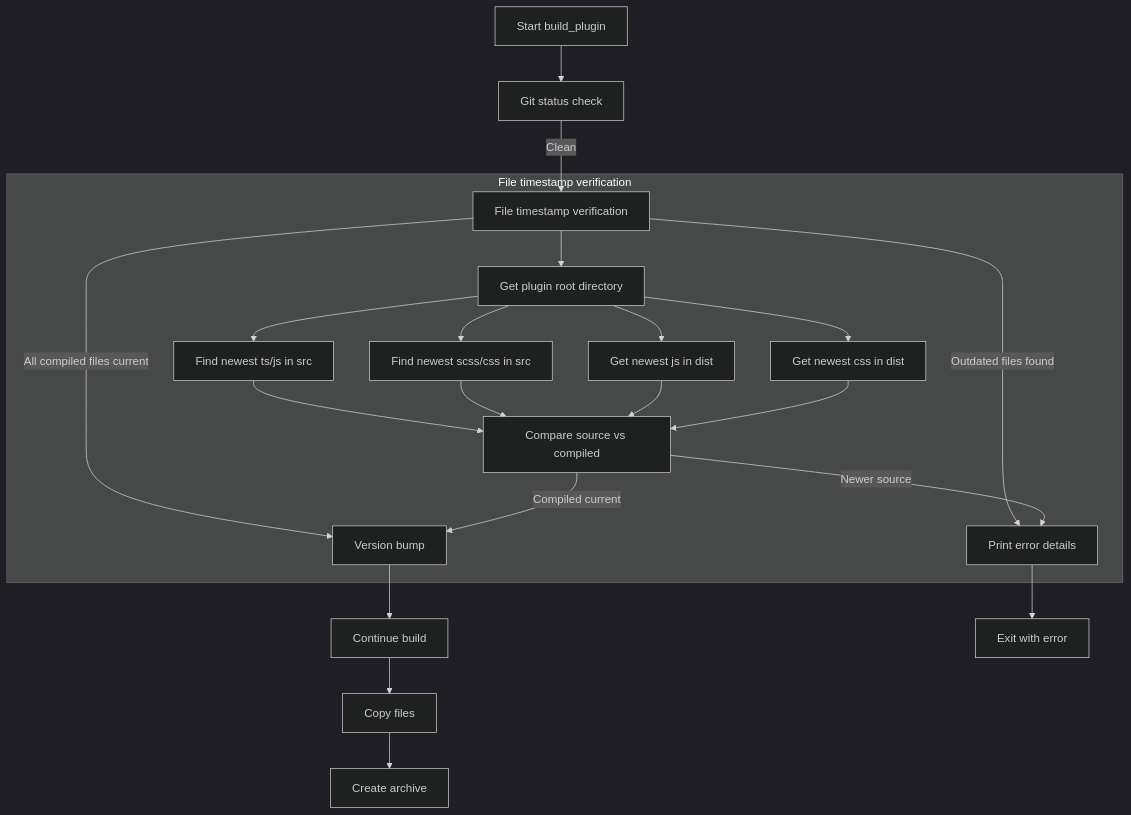
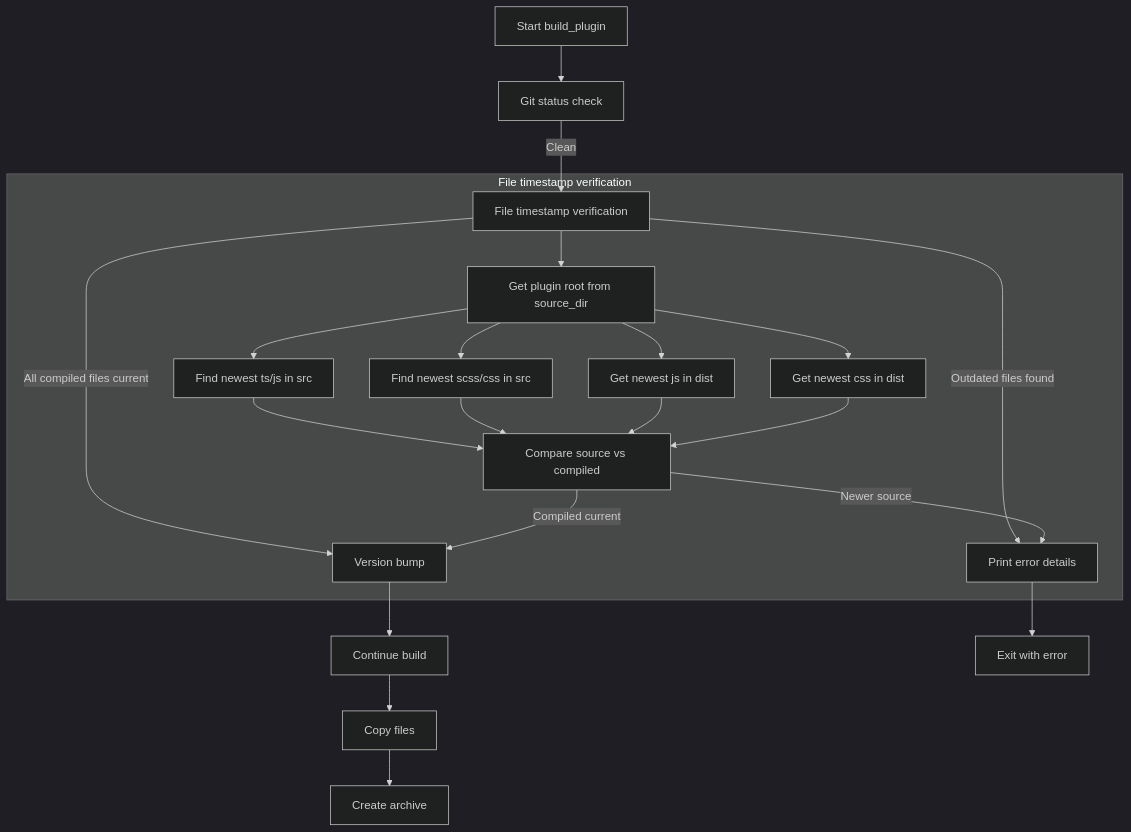
Before and after one commit to topdata-software-gmbh/topdata-package-release-builder: the diagram in ai_docs/plans/PLAN__file_timestamp_check.md, drawn with Mermaid (dark theme). The commit also changed other lines of this file and 3 other files, not shown here.

````diff
--- a/ai_docs/plans/PLAN__file_timestamp_check.md
+++ b/ai_docs/plans/PLAN__file_timestamp_check.md
@@ -10,26 +10,26 @@
 ```mermaid
 graph TD
     A[Start build_plugin] --> B[Git status check]
     B -->|Clean| C[File timestamp verification]
     C -->|All compiled files current| D[Version bump]
     D --> E[Continue build]
     C -->|Outdated files found| F[Print error details]
     F --> G[Exit with error]
     E --> H[Copy files]
     H --> I[Create archive]
     
     subgraph File timestamp verification
-        C1[Get plugin root directory]
+        C1[Get plugin root from source_dir]
         C2[Find newest ts/js in src]
         C3[Find newest scss/css in src]
         C4[Get newest js in dist]
         C5[Get newest css in dist]
         C6[Compare source vs compiled]
         C --> C1 --> C2 --> C6
         C1 --> C3 --> C6
         C1 --> C4 --> C6
         C1 --> C5 --> C6
         C6 -->|Newer source| F
         C6 -->|Compiled current| D
     end
 ```
````
